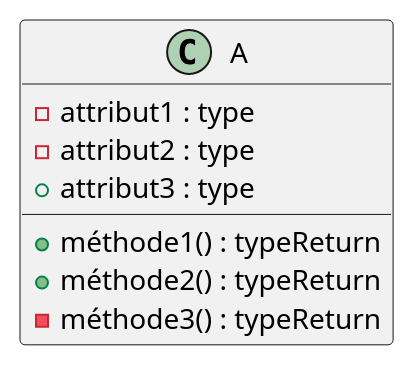
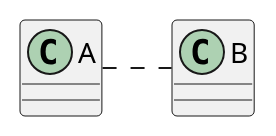
The diagram in diagramme de classe.puml (lepetitglacon/Diagramme-de-classe), drawn with PlantUML before and after one commit. The commit also changed 2 other files, not shown here.

```diff
--- a/diagramme de classe.puml
+++ b/diagramme de classe.puml
@@ -1,11 +1,7 @@
 @startuml
 class A {
- -attribut1 : type
- -attribut2 : type
- +attribut3 : type
+}
+class B{}
 
- +méthode1() : typeReturn
- +méthode2() : typeReturn
- -méthode3() : typeReturn
-}
+A . B
 @enduml
```
